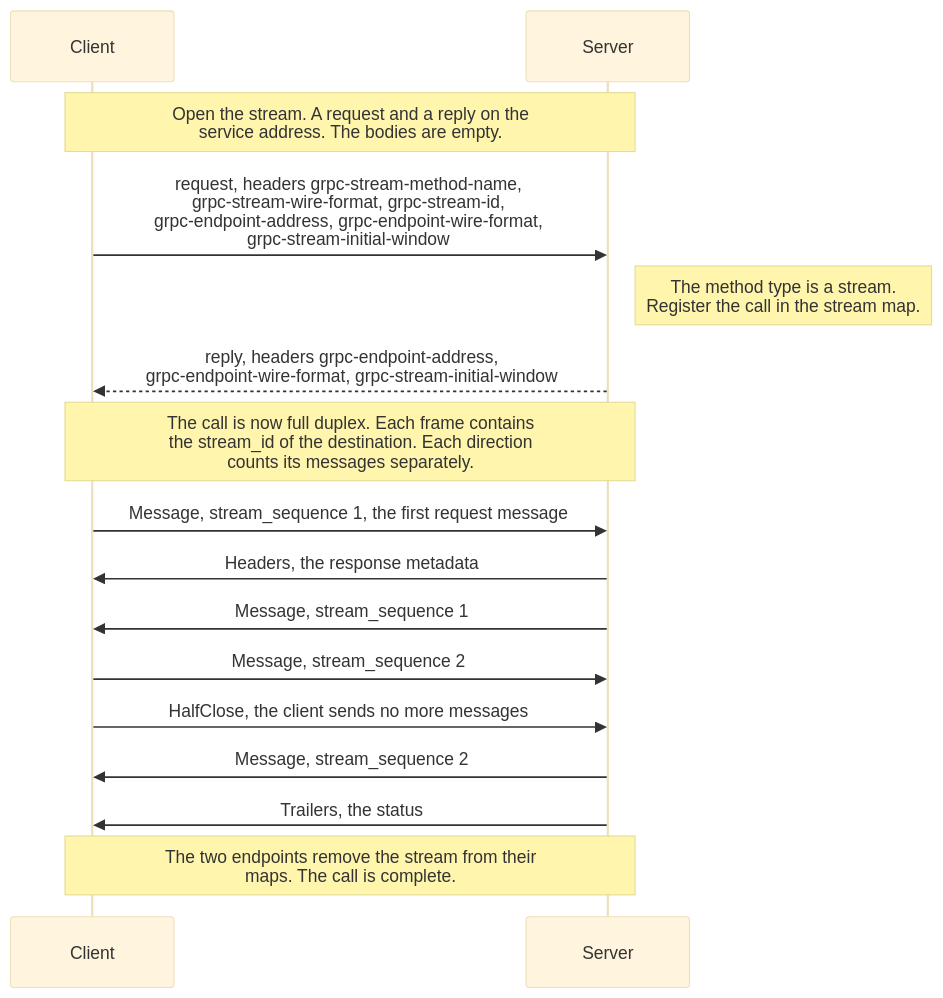
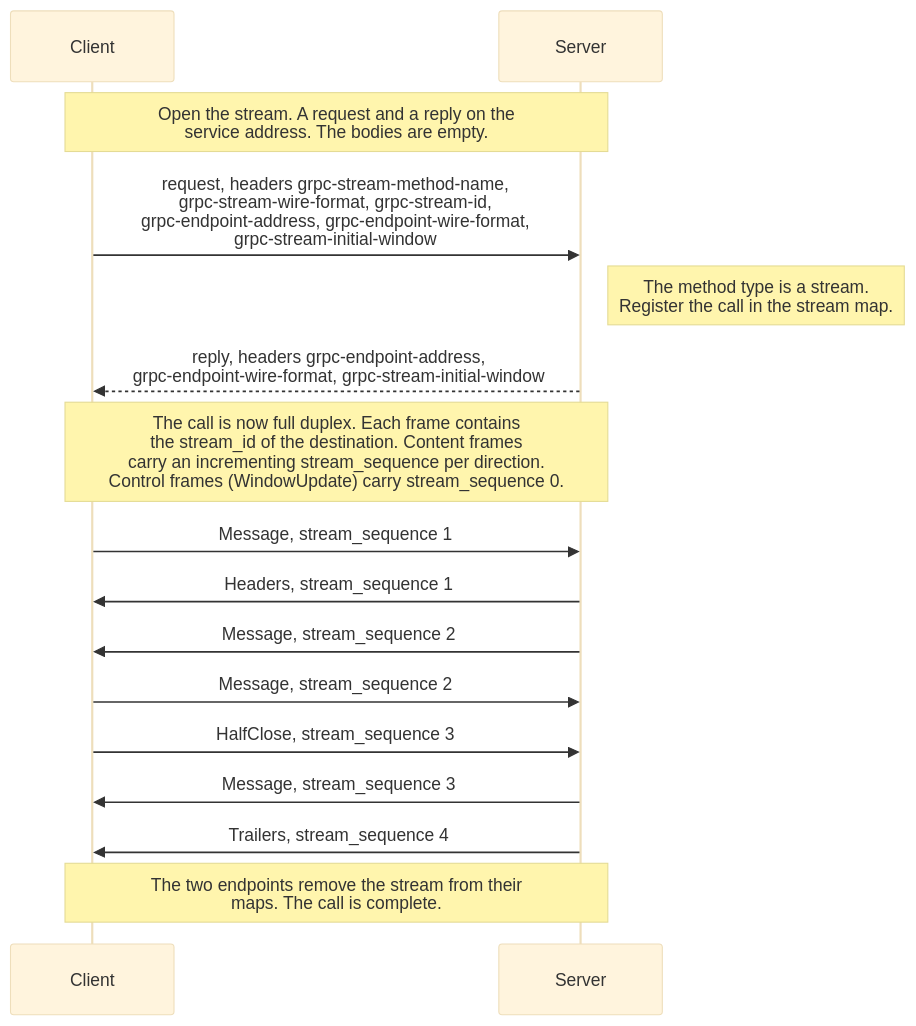
The diagram in vertx-grpc-eventbus/README.md (eclipse-vertx/vertx-grpc), drawn with Mermaid (base theme) before and after one commit. The commit also changed other lines of this file and 4 other files, not shown here.

````diff
--- a/vertx-grpc-eventbus/README.md
+++ b/vertx-grpc-eventbus/README.md
@@ -151,20 +152,20 @@
 ```mermaid
 sequenceDiagram
     participant C as Client
     participant S as Server
 
     Note over C,S: Open the stream. A request and a reply on the<br/>service address. The bodies are empty.
     C->>S: request, headers grpc-stream-method-name,<br/>grpc-stream-wire-format, grpc-stream-id,<br/>grpc-endpoint-address, grpc-endpoint-wire-format,<br/>grpc-stream-initial-window
     Note right of S: The method type is a stream.<br/>Register the call in the stream map.
     S-->>C: reply, headers grpc-endpoint-address,<br/>grpc-endpoint-wire-format, grpc-stream-initial-window
 
-    Note over C,S: The call is now full duplex. Each frame contains<br/>the stream_id of the destination. Each direction<br/>counts its messages separately.
-    C->>S: Message, stream_sequence 1, the first request message
-    S->>C: Headers, the response metadata
-    S->>C: Message, stream_sequence 1
+    Note over C,S: The call is now full duplex. Each frame contains<br/>the stream_id of the destination. Content frames<br/>carry an incrementing stream_sequence per direction.<br/>Control frames (WindowUpdate) carry stream_sequence 0.
+    C->>S: Message, stream_sequence 1
+    S->>C: Headers, stream_sequence 1
+    S->>C: Message, stream_sequence 2
     C->>S: Message, stream_sequence 2
-    C->>S: HalfClose, the client sends no more messages
-    S->>C: Message, stream_sequence 2
-    S->>C: Trailers, the status
+    C->>S: HalfClose, stream_sequence 3
+    S->>C: Message, stream_sequence 3
+    S->>C: Trailers, stream_sequence 4
     Note over C,S: The two endpoints remove the stream from their<br/>maps. The call is complete.
 ```
````
